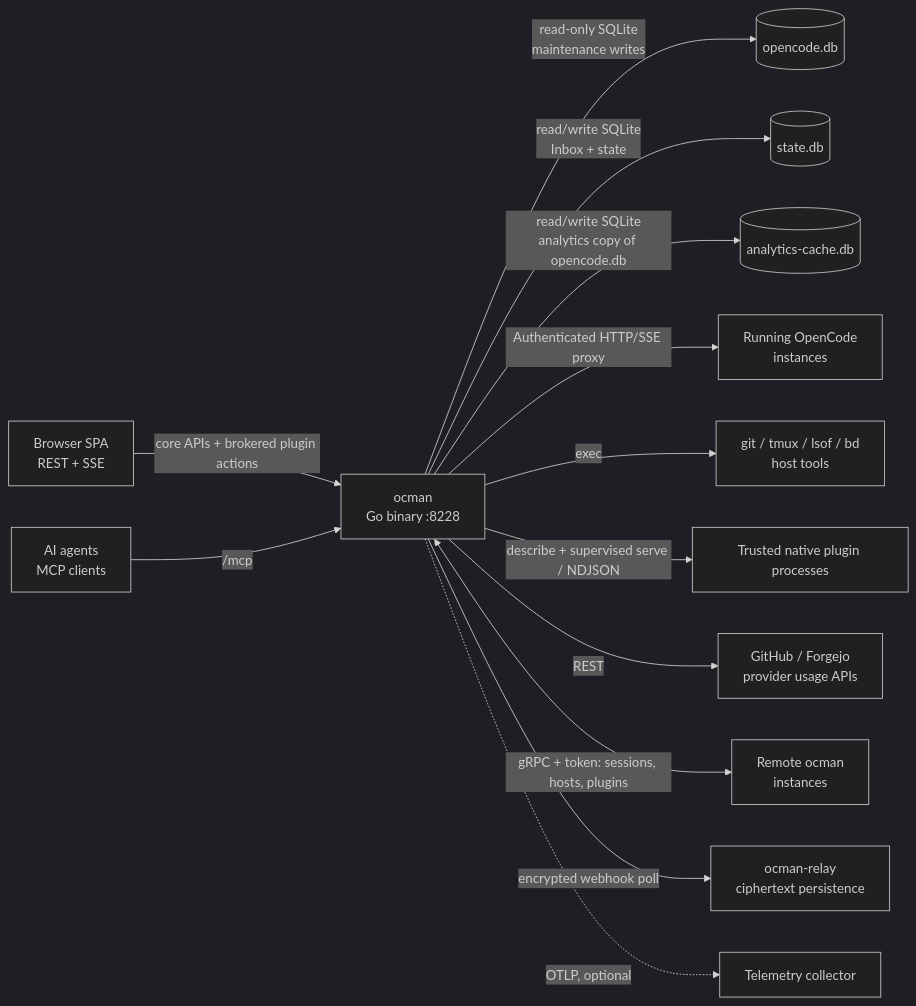
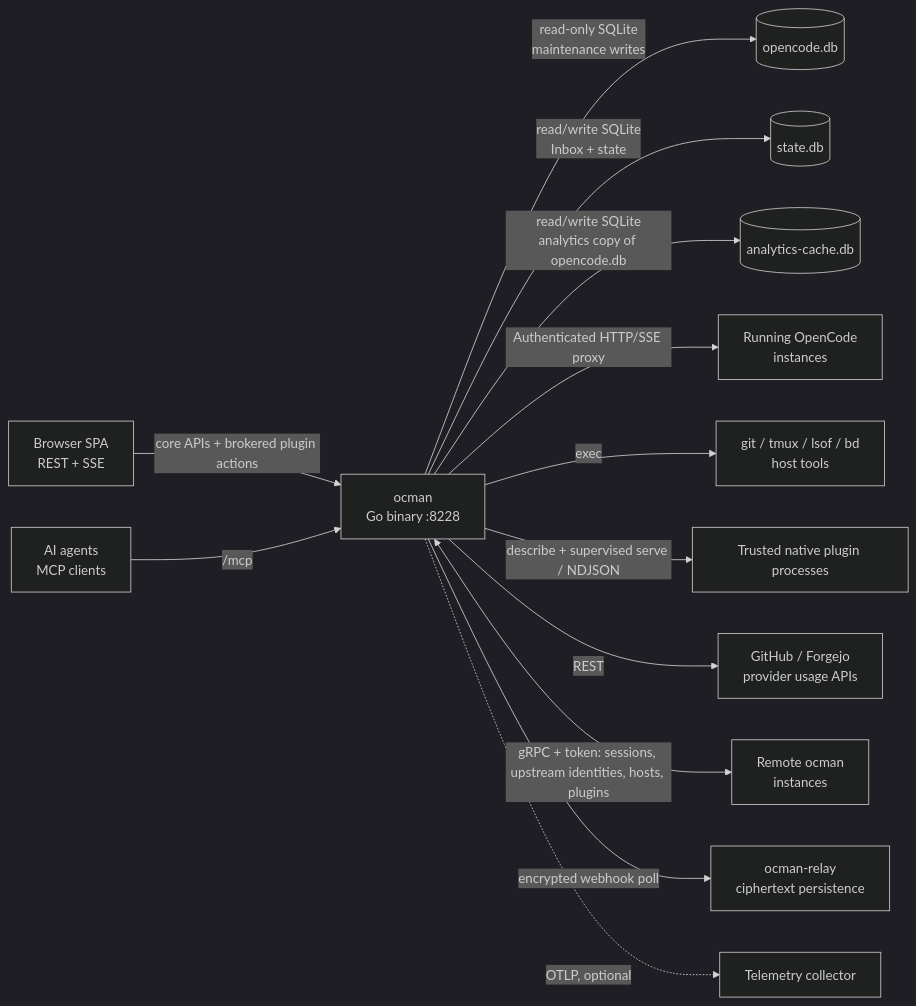
One commit to ocman/ocman changed the second of 5 diagrams in docs/other/architecture.md. Above: the diagram before and after it, drawn with Mermaid (dark theme). The commit also changed other lines of this file and 32 other files, not shown here.

Commit message:
feat(projects): group sessions by shared git remotes

````diff
--- a/docs/other/architecture.md
+++ b/docs/other/architecture.md
@@ -50,15 +50,15 @@
 ```mermaid
 flowchart LR
     Browser[Browser SPA<br/>REST + SSE] -->|core APIs + brokered plugin actions| Ocman[ocman<br/>Go binary :8228]
     Agent[AI agents<br/>MCP clients] -->|/mcp| Ocman
     Ocman -->|read-only SQLite<br/>maintenance writes| OCDB[(opencode.db)]
     Ocman -->|read/write SQLite<br/>Inbox + state| StateDB[(state.db)]
     Ocman -->|read/write SQLite<br/>analytics copy of opencode.db| Cache[(analytics-cache.db)]
     Ocman -->|Authenticated HTTP/SSE proxy| OCInst[Running OpenCode<br/>instances]
     Ocman -->|exec| Shell[git / tmux / lsof / bd<br/>host tools]
     Ocman -->|describe + supervised serve / NDJSON| PluginExec[Trusted native plugin processes]
     Ocman -->|REST| APIs[GitHub / Forgejo<br/>provider usage APIs]
-    Ocman <-->|gRPC + token: sessions, hosts, plugins| Remotes[Remote ocman<br/>instances]
+    Ocman <-->|gRPC + token: sessions, upstream identities, hosts, plugins| Remotes[Remote ocman<br/>instances]
     Ocman -->|encrypted webhook poll| Relay[ocman-relay<br/>ciphertext persistence]
     Ocman -.->|OTLP, optional| Otel[Telemetry collector]
 ```
````
